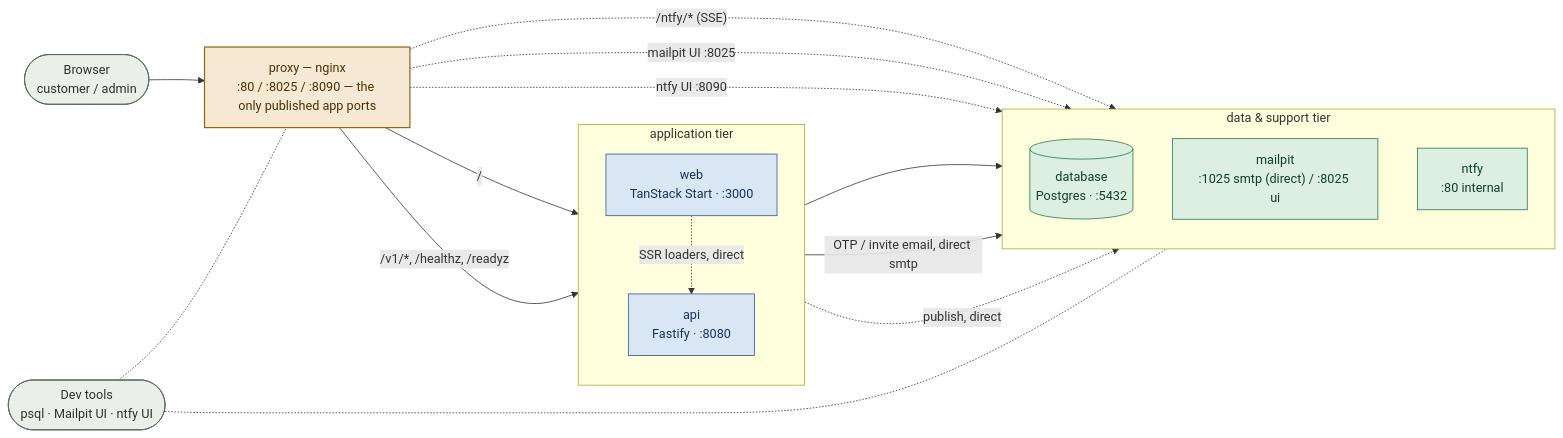
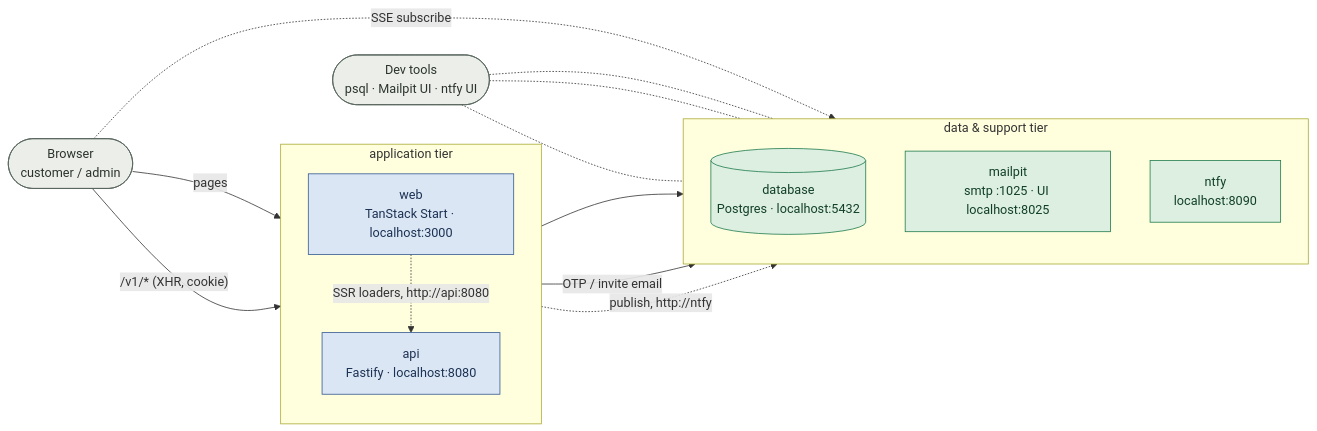
One commit to nseokaneJHB/transactions-dispute-portal changed the first of 3 diagrams in docs/infrastructure.md. Above: the diagram before and after it, drawn with Mermaid. The commit also changed other lines of this file and 65 other files, not shown here.

First line of the commit message:
Remove the dev reverse proxy, simplify compose, and prune the docs

````diff
--- a/docs/infrastructure.md
+++ b/docs/infrastructure.md
@@ -9,46 +9,39 @@
 ```mermaid
 flowchart LR
     Browser(["Browser<br/>customer / admin"])
     DevTools(["Dev tools<br/>psql · Mailpit UI · ntfy UI"])
 
-    Proxy["proxy — nginx<br/>:80 / :8025 / :8090 — the only published app ports"]
-
     subgraph App["application tier"]
         direction TB
-        Web["web<br/>TanStack Start · :3000"]
-        Api["api<br/>Fastify · :8080"]
+        Web["web<br/>TanStack Start · localhost:3000"]
+        Api["api<br/>Fastify · localhost:8080"]
     end
 
     subgraph Data["data & support tier"]
         direction TB
-        Db[("database<br/>Postgres · :5432")]
-        Mailpit["mailpit<br/>:1025 smtp (direct) / :8025 ui"]
-        Ntfy["ntfy<br/>:80 internal"]
+        Db[("database<br/>Postgres · localhost:5432")]
+        Mailpit["mailpit<br/>smtp :1025 · UI localhost:8025"]
+        Ntfy["ntfy<br/>localhost:8090"]
     end
 
-    Browser --> Proxy
-    Proxy -->|"/"| Web
-    Proxy -->|"/v1/*, /healthz, /readyz"| Api
-    Proxy -.->|"/ntfy/* (SSE)"| Ntfy
-    Proxy -.->|"mailpit UI :8025"| Mailpit
-    Proxy -.->|"ntfy UI :8090"| Ntfy
-
-    Web -.->|"SSR loaders, direct"| Api
+    Browser -->|"pages"| Web
+    Browser -->|"/v1/* (XHR, cookie)"| Api
+    Browser -.->|"SSE subscribe"| Ntfy
+    Web -.->|"SSR loaders, http://api:8080"| Api
 
     Api --> Db
-    Api -->|"OTP / invite email, direct smtp"| Mailpit
-    Api -.->|"publish, direct"| Ntfy
+    Api -->|"OTP / invite email"| Mailpit
+    Api -.->|"publish, http://ntfy"| Ntfy
 
     DevTools -.- Db
-    DevTools -.- Proxy
+    DevTools -.- Mailpit
+    DevTools -.- Ntfy
 
-    classDef proxy fill:#f6e9d3,stroke:#97600f,color:#4a3208,stroke-width:1.5px;
     classDef app fill:#dbe6f5,stroke:#31578f,color:#1c3252;
     classDef data fill:#dcefe1,stroke:#1f7a4d,color:#123f28;
     classDef client fill:#eceee9,stroke:#57655d,color:#2c332e;
 
-    class Proxy proxy
     class Web,Api app
     class Db,Mailpit,Ntfy data
     class Browser,DevTools client
 ```
````
